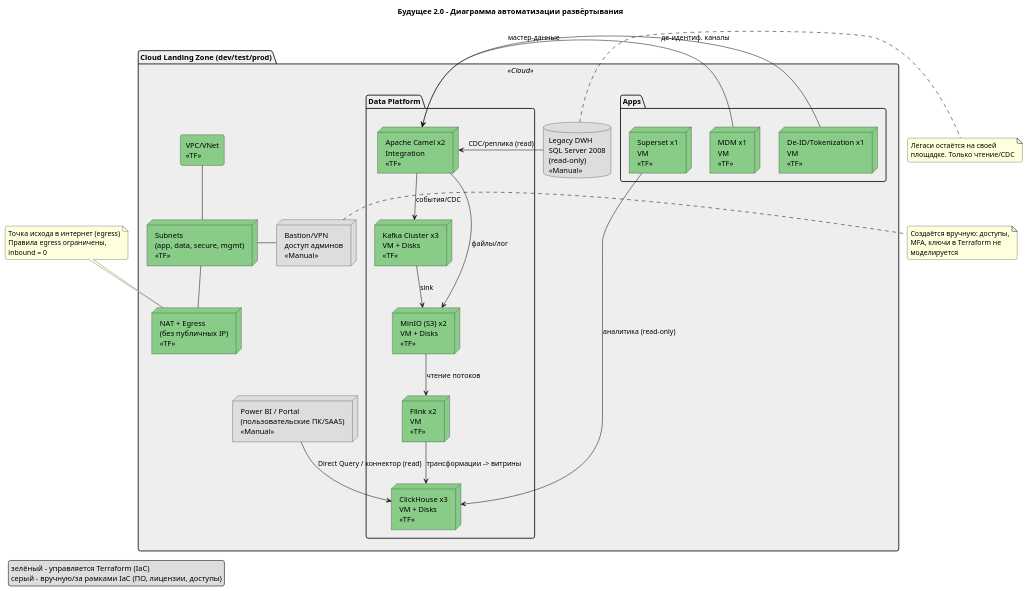
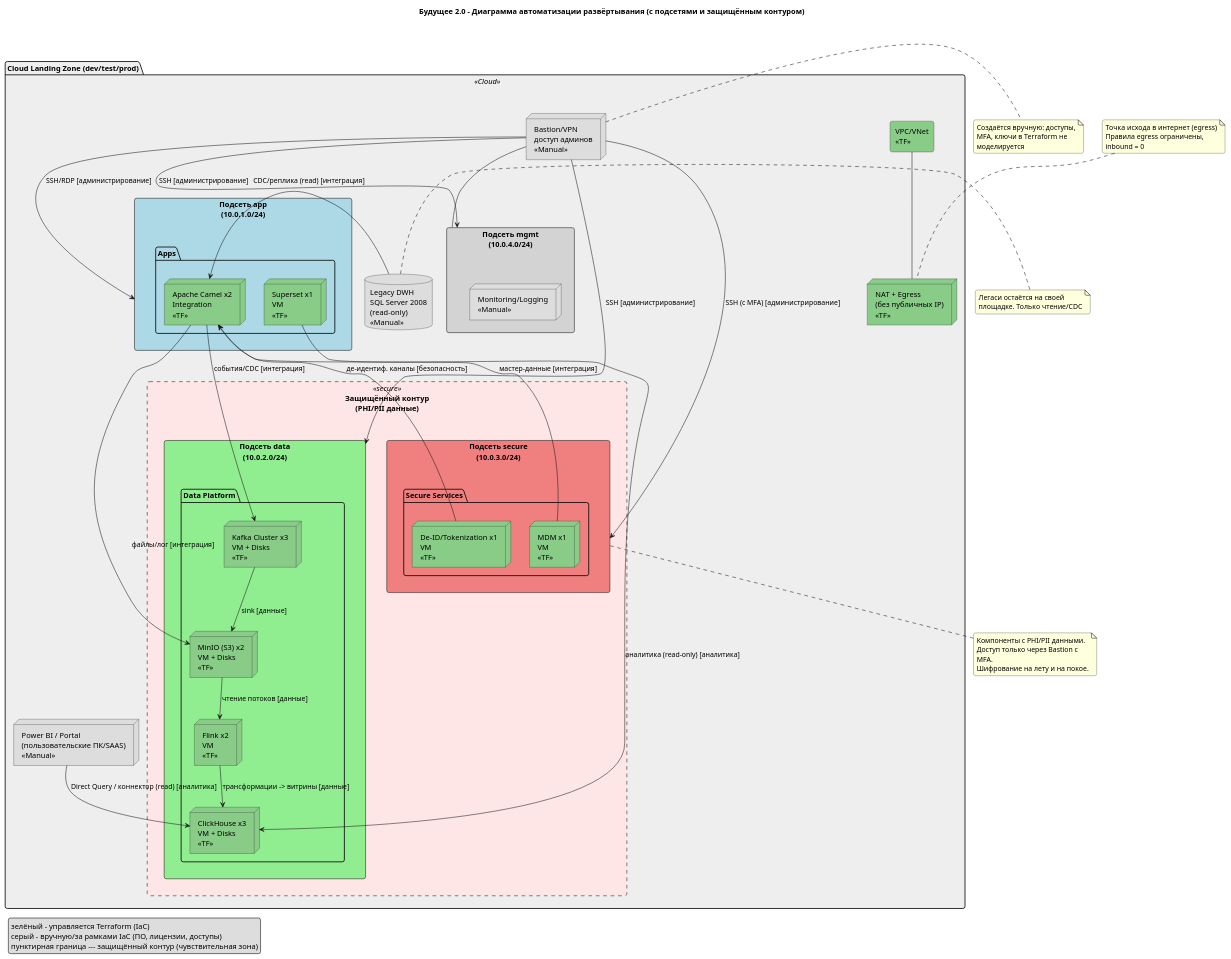
The diagram in Task4/deployment_automation.puml (CrazyElephantX/architecture-future_2_0), drawn with PlantUML before and after one commit. The commit also changed 15 other files, not shown here.

```diff
--- a/Task4/deployment_automation.puml
+++ b/Task4/deployment_automation.puml
@@ -1,71 +1,105 @@
 @startuml Deployment_Automation_Future_2_0
-title Будущее 2.0 - Диаграмма автоматизации развёртывания
+title Будущее 2.0 - Диаграмма автоматизации развёртывания (с подсетями и защищённым контуром)
 
 skinparam shadowing false
 skinparam componentStyle rectangle
 skinparam wrapWidth 220
 skinparam roundCorner 8
 skinparam defaultFontName "Inter, Segoe UI, Arial"
 
 legend left
   зелёный - управляется Terraform (IaC)
   серый - вручную/за рамками IaC (ПО, лицензии, доступы)
+  пунктирная граница --- защищённый контур (чувствительная зона)
 endlegend
 
 package "Cloud Landing Zone (dev/test/prod)" <<Cloud>> #EEE {
   component "VPC/VNet\n<<TF>>" as VPC #88CC88
-  node "Subnets\n(app, data, secure, mgmt)\n<<TF>>" as SUBNETS #88CC88
   node "NAT + Egress\n(без публичных IP)\n<<TF>>" as NAT #88CC88
   node "Bastion/VPN\nдоступ админов\n<<Manual>>" as BASTION #DDDDDD
 
-  package "Data Platform" {
-    node "Kafka Cluster x3\nVM + Disks\n<<TF>>" as KAFKA #88CC88
-    node "ClickHouse x3\nVM + Disks\n<<TF>>" as CH #88CC88
-    node "Flink x2\nVM\n<<TF>>" as FLINK #88CC88
-    node "MinIO (S3) x2\nVM + Disks\n<<TF>>" as MINIO #88CC88
-    node "Apache Camel x2\nIntegration\n<<TF>>" as CAMEL #88CC88
+  ' Подсеть app
+  rectangle "Подсеть app\n(10.0.1.0/24)" as SUBNET_APP #LightBlue {
+    package "Apps" {
+      node "Superset x1\nVM\n<<TF>>" as SUPERSET #88CC88
+      node "Apache Camel x2\nIntegration\n<<TF>>" as CAMEL #88CC88
+    }
   }
 
-  package "Apps" {
-    node "Superset x1\nVM\n<<TF>>" as SUPERSET #88CC88
-    node "De-ID/Tokenization x1\nVM\n<<TF>>" as DEID #88CC88
-    node "MDM x1\nVM\n<<TF>>" as MDM #88CC88
+' Граница защищённого контура (чувствительная зона)
+rectangle "Защищённый контур\n(PHI/PII данные)" <<secure>> #FFE6E6;line.dashed {
+
+
+
+  ' Подсеть data
+  rectangle "Подсеть data\n(10.0.2.0/24)" as SUBNET_DATA #LightGreen {
+    package "Data Platform" {
+      node "Kafka Cluster x3\nVM + Disks\n<<TF>>" as KAFKA #88CC88
+      node "ClickHouse x3\nVM + Disks\n<<TF>>" as CH #88CC88
+      node "Flink x2\nVM\n<<TF>>" as FLINK #88CC88
+      node "MinIO (S3) x2\nVM + Disks\n<<TF>>" as MINIO #88CC88
+    }
+  }
+
+  ' Подсеть secure (защищённый контур)
+  rectangle "Подсеть secure\n(10.0.3.0/24)" as SUBNET_SECURE #LightCoral {
+    package "Secure Services" {
+      node "De-ID/Tokenization x1\nVM\n<<TF>>" as DEID #88CC88
+      node "MDM x1\nVM\n<<TF>>" as MDM #88CC88
+    }
+  }
+}
+  ' Подсеть mgmt
+  rectangle "Подсеть mgmt\n(10.0.4.0/24)" as SUBNET_MGMT #LightGray {
+    node "Monitoring/Logging\n<<Manual>>" as MONITOR #DDDDDD
   }
 
   database "Legacy DWH\nSQL Server 2008\n(read-only)\n<<Manual>>" as DWH #DDDDDD
   node "Power BI / Portal\n(пользовательские ПК/SAAS)\n<<Manual>>" as PBI #DDDDDD
 }
 
 ' Связи и потоки
-VPC -down- SUBNETS
-SUBNETS -down- NAT
-BASTION -left- SUBNETS
+VPC -down- NAT
+BASTION -left- SUBNET_MGMT
 
-CAMEL -down-> KAFKA : события/CDC
-CAMEL -down-> MINIO : файлы/лог
-KAFKA -down-> MINIO : sink
-MINIO -down-> FLINK : чтение потоков
-FLINK -down-> CH : трансформации -> витрины
+' Связи внутри подсетей и между ними
+CAMEL -down-> KAFKA : события/CDC [интеграция]
+CAMEL -down-> MINIO : файлы/лог [интеграция]
+KAFKA -down-> MINIO : sink [данные]
+MINIO -down-> FLINK : чтение потоков [данные]
+FLINK -down-> CH : трансформации -> витрины [данные]
 
-SUPERSET -down-> CH : аналитика (read-only)
-DEID -left-> CAMEL : де-идентиф. каналы
-MDM -left-> CAMEL : мастер-данные
+SUPERSET -down-> CH : аналитика (read-only) [аналитика]
+DEID -left-> CAMEL : де-идентиф. каналы [безопасность]
+MDM -left-> CAMEL : мастер-данные [интеграция]
 
-DWH -left-> CAMEL : CDC/реплика (read)
-PBI -down-> CH : Direct Query / коннектор (read)
+DWH -left-> CAMEL : CDC/реплика (read) [интеграция]
+PBI -down-> CH : Direct Query / коннектор (read) [аналитика]
+
+' Административные связи
+BASTION --> SUBNET_APP : SSH/RDP [администрирование]
+BASTION --> SUBNET_DATA : SSH [администрирование]
+BASTION --> SUBNET_SECURE : SSH (с MFA) [администрирование]
+BASTION --> SUBNET_MGMT : SSH [администрирование]
 
 ' Заметки
 note top of NAT
   Точка исхода в интернет (egress)
   Правила egress ограничены, inbound = 0
 end note
 
 note right of BASTION
   Создаётся вручную: доступы, MFA, ключи в Terraform не моделируется
 end note
 
 note right of DWH
   Легаси остаётся на своей площадке. Только чтение/CDC
 end note
 
+note bottom of SUBNET_SECURE
+  Компоненты с PHI/PII данными.
+  Доступ только через Bastion с MFA.
+  Шифрование на лету и на покое.
+end note
+
 @enduml
```
